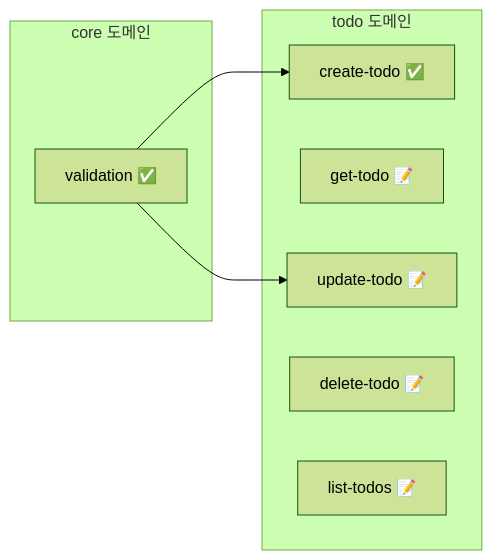
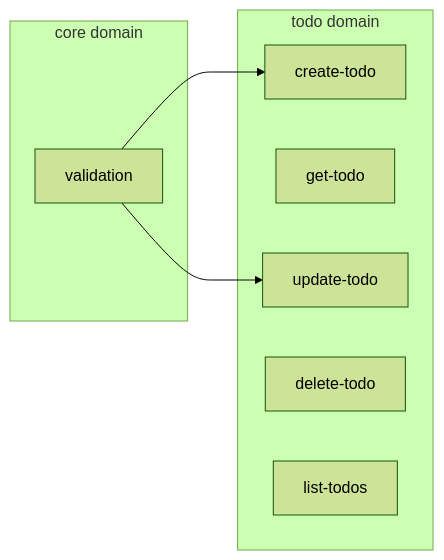
The diagram in docs/tutorial/greenfield.md (JakeB-5/sdd-tool), drawn with Mermaid (forest theme) before and after one commit. The commit also changed other lines of this file and 188 other files, not shown here.

````diff
--- a/docs/tutorial/greenfield.md
+++ b/docs/tutorial/greenfield.md
@@ -512,17 +512,17 @@
 ```mermaid
 graph LR
-    subgraph core[core 도메인]
-        validation[validation ✅]
+    subgraph core[core domain]
+        validation[validation ]
     end
 
-    subgraph todo[todo 도메인]
-        create[create-todo ✅]
-        get[get-todo 📝]
-        update[update-todo 📝]
-        delete[delete-todo 📝]
-        list[list-todos 📝]
+    subgraph todo[todo domain]
+        create[create-todo ]
+        get[get-todo ]
+        update[update-todo ]
+        delete[delete-todo ]
+        list[list-todos ]
     end
 
     validation --> create
     validation --> update
 ```
````
